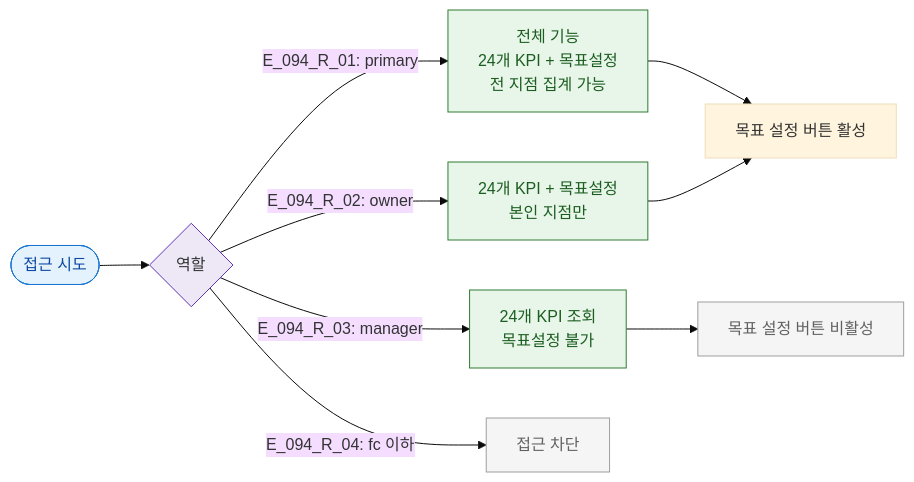
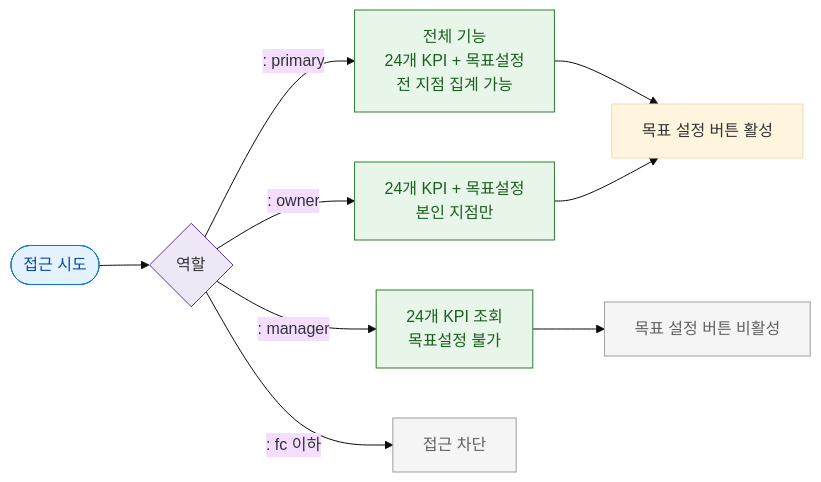
The diagram in docs/다이어그램/D10_본사관리/SCR-094_KPI대시보드/F7_권한.md (dev-spogym/admin-pando), drawn with Mermaid (base theme) before and after one commit. The commit also changed other lines of this file and 1660 other files, not shown here.

First line of the commit message:
다이어그램: 기획자/클라이언트 납품본으로 정리

````diff
--- a/docs/다이어그램/D10_본사관리/SCR-094_KPI대시보드/F7_권한.md
+++ b/docs/다이어그램/D10_본사관리/SCR-094_KPI대시보드/F7_권한.md
@@ -14,22 +12,22 @@
 ```mermaid
 flowchart LR
   Entry([접근 시도]) --> Role{역할}
 
-  Role -->|"E_094_R_01: primary"| PrimaryView[전체 기능\n24개 KPI + 목표설정\n전 지점 집계 가능]
-  Role -->|"E_094_R_02: owner"| OwnerView[24개 KPI + 목표설정\n본인 지점만]
-  Role -->|"E_094_R_03: manager"| ManagerView[24개 KPI 조회\n목표설정 불가]
-  Role -->|"E_094_R_04: fc 이하"| Blocked[접근 차단]
+  Role -->|": primary"|PrimaryView[전체 기능\n24개 KPI + 목표설정\n전 지점 집계 가능]
+  Role -->|": owner"|OwnerView[24개 KPI + 목표설정\n본인 지점만]
+  Role -->|": manager"|ManagerView[24개 KPI 조회\n목표설정 불가]
+  Role -->|": fc 이하"|Blocked[접근 차단]
 
   PrimaryView & OwnerView --> GoalBtn[목표 설정 버튼 활성]
   ManagerView --> GoalBtnOff[목표 설정 버튼 비활성]
 
   classDef screen fill:#E3F2FD,stroke:#1976D2,color:#0D47A1
   classDef system fill:#EDE7F6,stroke:#5E35B2
   classDef success fill:#E8F5E9,stroke:#2E7D32,color:#1B5E20
   classDef rbacBlocked fill:#F5F5F5,stroke:#9E9E9E,color:#616161
 
   class Entry screen
   class Role system
   class PrimaryView,OwnerView,ManagerView success
   class Blocked,GoalBtnOff rbacBlocked
 ```
````
